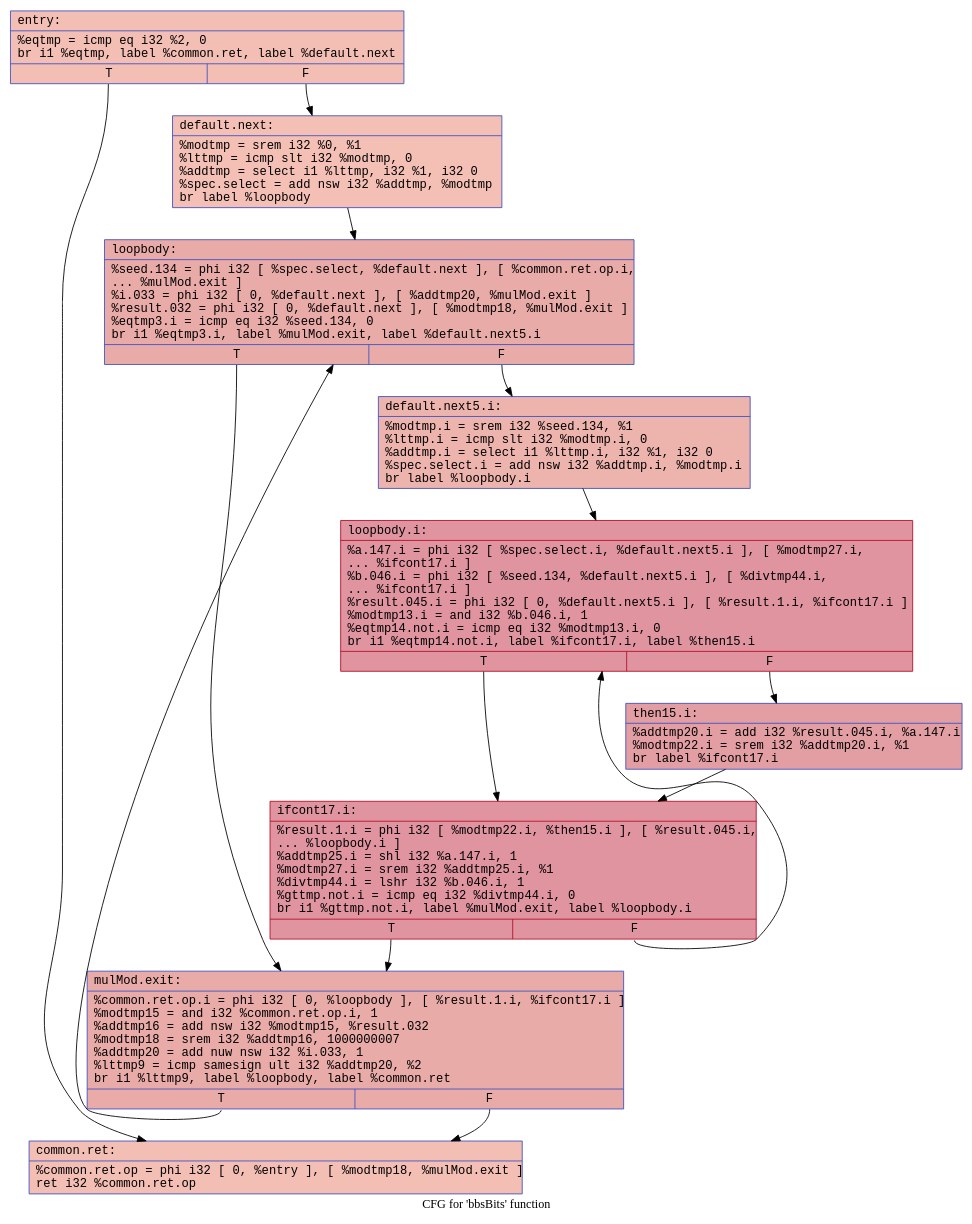
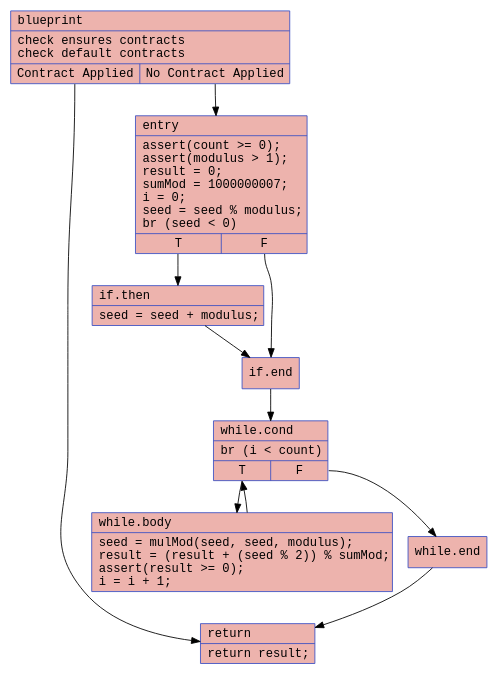
Before and after one commit to twanman1412/blueprintScript: the first of 4 diagrams in examples/bbs_bits/bbs_bits.md, drawn with Graphviz. The commit also changed other lines of this file and 58 other files, not shown here.

````diff
--- a/examples/bbs_bits/bbs_bits.md
+++ b/examples/bbs_bits/bbs_bits.md
@@ -51,28 +6,22 @@
 ```dot
-digraph "CFG for 'bbsBits' function" {
-	label="CFG for 'bbsBits' function";
-
-	Node0x559093cabb80 [shape=record,color="#3d50c3ff", style=filled, fillcolor="#e36c5570", fontname="Courier",label="{entry:\l|  %eqtmp = icmp eq i32 %2, 0\l  br i1 %eqtmp, label %common.ret, label %default.next\l|{<s0>T|<s1>F}}"];
-	Node0x559093cabb80:s0 -> Node0x559093cab910;
-	Node0x559093cabb80:s1 -> Node0x559093cacaf0;
-	Node0x559093cab910 [shape=record,color="#3d50c3ff", style=filled, fillcolor="#e36c5570", fontname="Courier",label="{common.ret:\l|  %common.ret.op = phi i32 [ 0, %entry ], [ %modtmp18, %mulMod.exit ]\l  ret i32 %common.ret.op\l}"];
-	Node0x559093cacaf0 [shape=record,color="#3d50c3ff", style=filled, fillcolor="#e5705870", fontname="Courier",label="{default.next:\l|  %modtmp = srem i32 %0, %1\l  %lttmp = icmp slt i32 %modtmp, 0\l  %addtmp = select i1 %lttmp, i32 %1, i32 0\l  %spec.select = add nsw i32 %addtmp, %modtmp\l  br label %loopbody\l}"];
-	Node0x559093cacaf0 -> Node0x559093cacb80;
-	Node0x559093cacb80 [shape=record,color="#3d50c3ff", style=filled, fillcolor="#cc403a70", fontname="Courier",label="{loopbody:\l|  %seed.134 = phi i32 [ %spec.select, %default.next ], [ %common.ret.op.i,\l... %mulMod.exit ]\l  %i.033 = phi i32 [ 0, %default.next ], [ %addtmp20, %mulMod.exit ]\l  %result.032 = phi i32 [ 0, %default.next ], [ %modtmp18, %mulMod.exit ]\l  %eqtmp3.i = icmp eq i32 %seed.134, 0\l  br i1 %eqtmp3.i, label %mulMod.exit, label %default.next5.i\l|{<s0>T|<s1>F}}"];
-	Node0x559093cacb80:s0 -> Node0x559093caccf0;
-	Node0x559093cacb80:s1 -> Node0x559093cad740;
-	Node0x559093cad740 [shape=record,color="#3d50c3ff", style=filled, fillcolor="#d6524470", fontname="Courier",label="{default.next5.i:\l|  %modtmp.i = srem i32 %seed.134, %1\l  %lttmp.i = icmp slt i32 %modtmp.i, 0\l  %addtmp.i = select i1 %lttmp.i, i32 %1, i32 0\l  %spec.select.i = add nsw i32 %addtmp.i, %modtmp.i\l  br label %loopbody.i\l}"];
-	Node0x559093cad740 -> Node0x559093cadfe0;
-	Node0x559093cadfe0 [shape=record,color="#b70d28ff", style=filled, fillcolor="#b70d2870", fontname="Courier",label="{loopbody.i:\l|  %a.147.i = phi i32 [ %spec.select.i, %default.next5.i ], [ %modtmp27.i,\l... %ifcont17.i ]\l  %b.046.i = phi i32 [ %seed.134, %default.next5.i ], [ %divtmp44.i,\l... %ifcont17.i ]\l  %result.045.i = phi i32 [ 0, %default.next5.i ], [ %result.1.i, %ifcont17.i ]\l  %modtmp13.i = and i32 %b.046.i, 1\l  %eqtmp14.not.i = icmp eq i32 %modtmp13.i, 0\l  br i1 %eqtmp14.not.i, label %ifcont17.i, label %then15.i\l|{<s0>T|<s1>F}}"];
-	Node0x559093cadfe0:s0 -> Node0x559093cae560;
-	Node0x559093cadfe0:s1 -> Node0x559093caef20;
-	Node0x559093caef20 [shape=record,color="#3d50c3ff", style=filled, fillcolor="#be242e70", fontname="Courier",label="{then15.i:\l|  %addtmp20.i = add i32 %result.045.i, %a.147.i\l  %modtmp22.i = srem i32 %addtmp20.i, %1\l  br label %ifcont17.i\l}"];
-	Node0x559093caef20 -> Node0x559093cae560;
-	Node0x559093cae560 [shape=record,color="#b70d28ff", style=filled, fillcolor="#b70d2870", fontname="Courier",label="{ifcont17.i:\l|  %result.1.i = phi i32 [ %modtmp22.i, %then15.i ], [ %result.045.i,\l... %loopbody.i ]\l  %addtmp25.i = shl i32 %a.147.i, 1\l  %modtmp27.i = srem i32 %addtmp25.i, %1\l  %divtmp44.i = lshr i32 %b.046.i, 1\l  %gttmp.not.i = icmp eq i32 %divtmp44.i, 0\l  br i1 %gttmp.not.i, label %mulMod.exit, label %loopbody.i\l|{<s0>T|<s1>F}}"];
-	Node0x559093cae560:s0 -> Node0x559093caccf0;
-	Node0x559093cae560:s1 -> Node0x559093cadfe0;
-	Node0x559093caccf0 [shape=record,color="#3d50c3ff", style=filled, fillcolor="#cc403a70", fontname="Courier",label="{mulMod.exit:\l|  %common.ret.op.i = phi i32 [ 0, %loopbody ], [ %result.1.i, %ifcont17.i ]\l  %modtmp15 = and i32 %common.ret.op.i, 1\l  %addtmp16 = add nsw i32 %modtmp15, %result.032\l  %modtmp18 = srem i32 %addtmp16, 1000000007\l  %addtmp20 = add nuw nsw i32 %i.033, 1\l  %lttmp9 = icmp samesign ult i32 %addtmp20, %2\l  br i1 %lttmp9, label %loopbody, label %common.ret\l|{<s0>T|<s1>F}}"];
-	Node0x559093caccf0:s0 -> Node0x559093cacb80;
-	Node0x559093caccf0:s1 -> Node0x559093cab910;
+digraph "CFG for bbsBits" {
+	blueprint [shape=record, color="#3d50c3ff", style=filled, fillcolor="#d6524470", fontname="Courier", label="{blueprint\l|check ensures contracts\lcheck default contracts\l|{<s0>Contract Applied|<s1>No Contract Applied}}"];
+	blueprint:s0 -> ret;
+	blueprint:s1 -> entry
+	entry [shape=record, color="#3d50c3ff", style=filled, fillcolor="#d6524470", fontname="Courier", label="{entry\l|assert(count \>= 0);\lassert(modulus \> 1);\lresult = 0;\lsumMod = 1000000007;\li = 0;\lseed = seed % modulus;\lbr (seed \< 0)\l|{<s0>T|<s1>F}}"];
+    entry:s0 -> if_then;
+    entry:s1 -> if_end;
+    if_then [shape=record, color="#3d50c3ff", style=filled, fillcolor="#d6524470", fontname="Courier", label="{if.then\l|seed = seed + modulus;\l}"];
+    if_then -> if_end;
+    if_end [shape=record, color="#3d50c3ff", style=filled, fillcolor="#d6524470", fontname="Courier", label="{if.end}"];
+    if_end -> while_cond;
+    while_cond [shape=record, color="#3d50c3ff", style=filled, fillcolor="#d6524470", fontname="Courier", label="{while.cond\l|br (i \< count)\l|{<s0>T|<s1>F}}"];
+    while_cond:s0 -> while_body;
+    while_cond:s1 -> while_end;
+    while_body [shape=record, color="#3d50c3ff", style=filled, fillcolor="#d6524470", fontname="Courier", label="{while.body\l|seed = mulMod(seed, seed, modulus);\lresult = (result + (seed % 2)) % sumMod;\lassert(result \>= 0);\li = i + 1;\l}"];
+    while_body -> while_cond;
+    while_end [shape=record, color="#3d50c3ff", style=filled, fillcolor="#d6524470", fontname="Courier", label="{while.end}"];
+    while_end -> ret;
+    ret [shape=record, color="#3d50c3ff", style=filled, fillcolor="#d6524470", fontname="Courier", label="{return\l|return result;\l}"];
 }
 ```
````
